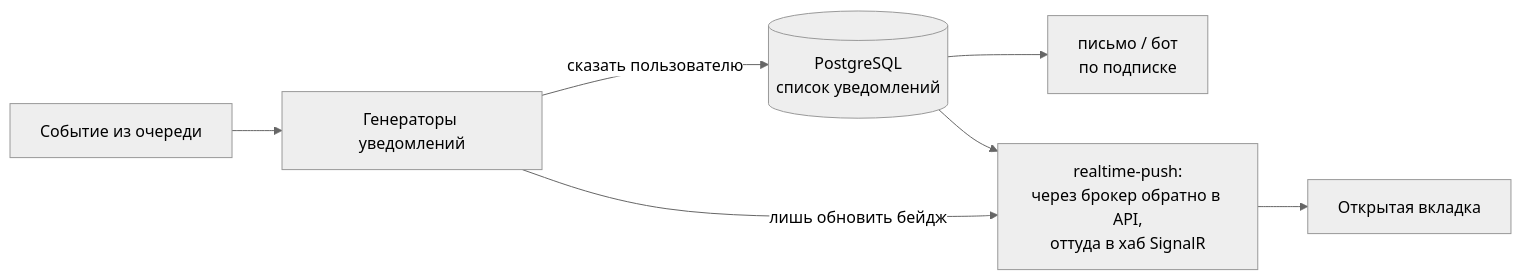
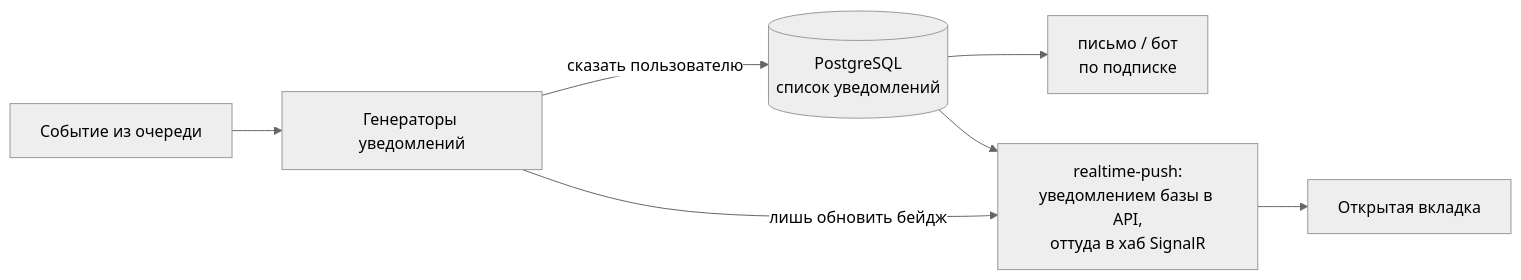
One commit to dm-am/dm3 changed the third of 3 diagrams in docs/architecture/SYSTEM.md. Above: the diagram before and after it, drawn with Mermaid (neutral theme). The commit also changed other lines of this file and 167 other files, not shown here.

````diff
--- a/docs/architecture/SYSTEM.md
+++ b/docs/architecture/SYSTEM.md
@@ -267,9 +255,9 @@
 ```mermaid
 flowchart LR
     ev["Событие из очереди"] --> gen["Генераторы уведомлений"]
     gen -->|"сказать пользователю"| pg[("PostgreSQL<br/>список уведомлений")]
     pg --> mail["письмо / бот<br/>по подписке"]
-    pg --> push["realtime-push:<br/>через брокер обратно в API,<br/>оттуда в хаб SignalR"]
+    pg --> push["realtime-push:<br/>уведомлением базы в API,<br/>оттуда в хаб SignalR"]
     gen -->|"лишь обновить бейдж"| push
     push --> fe["Открытая вкладка"]
 ```
````
